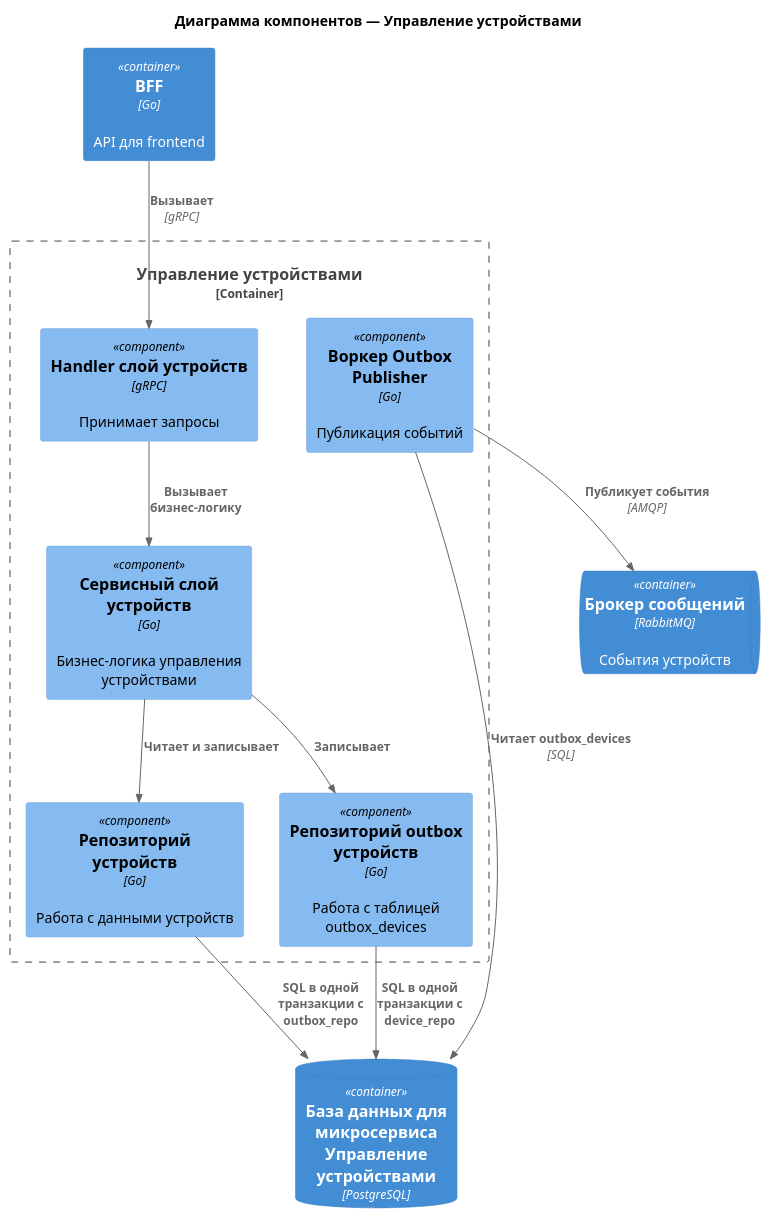
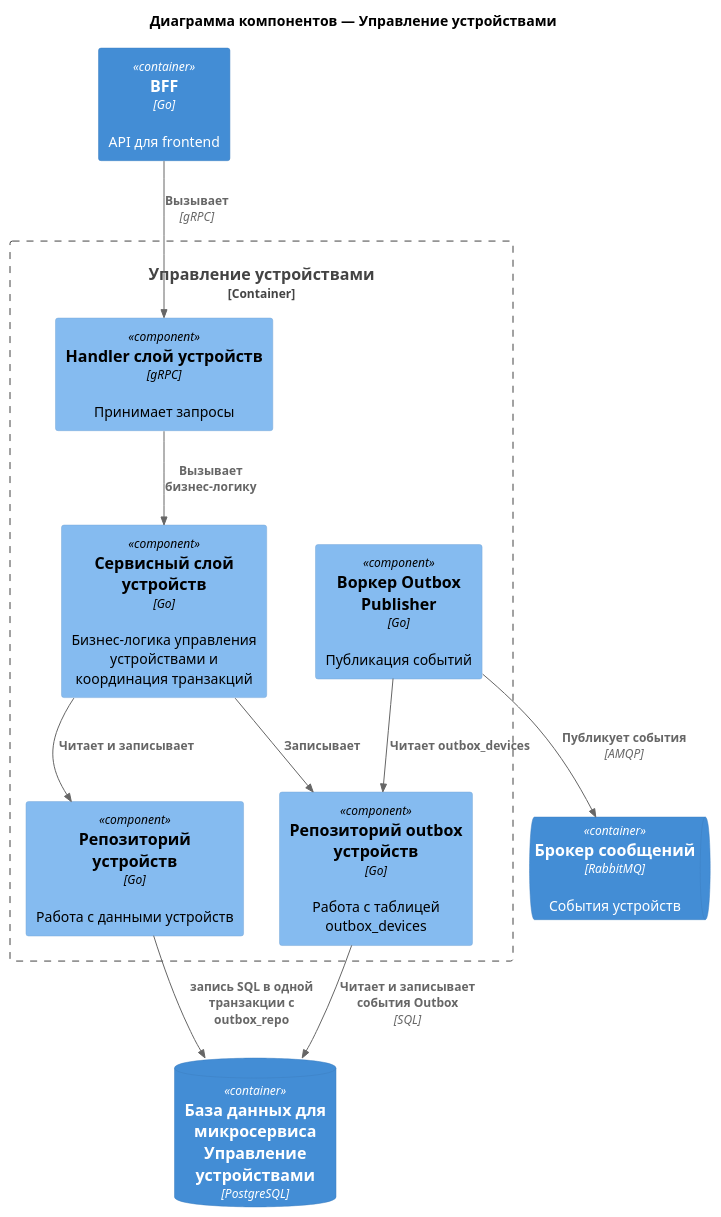
Before and after one commit to NikolosHGW/architecture-pro-warmhouse: the diagram in schemas/2/components-devices.puml, drawn with PlantUML. The commit also changed 1 other file, not shown here.

Commit message:
Задание 2: Диаграмма компонентов - Мониторинг устройств update

```diff
--- a/schemas/2/components-devices.puml
+++ b/schemas/2/components-devices.puml
@@ -1,32 +1,32 @@
 @startuml
 !include <C4/C4_Component>
 
 title Диаграмма компонентов — Управление устройствами
 
 Container(bff, "BFF", "Go", "API для frontend")
 ContainerDb(db, "База данных для микросервиса Управление устройствами", "PostgreSQL")
 ContainerQueue(rabbit, "Брокер сообщений", "RabbitMQ", "События устройств")
 
 Container_Boundary(devices, "Управление устройствами") {
 
-    Component(device_hadler, "Handler слой устройств", "gRPC", "Принимает запросы")
+    Component(device_handler, "Handler слой устройств", "gRPC", "Принимает запросы")
 
-    Component(device_service, "Сервисный слой устройств", "Go", "Бизнес-логика управления устройствами")
+    Component(device_service, "Сервисный слой устройств", "Go", "Бизнес-логика управления устройствами и координация транзакций")
 
     Component(device_repo, "Репозиторий устройств", "Go", "Работа с данными устройств")
 
     Component(outbox_repo, "Репозиторий outbox устройств", "Go", "Работа с таблицей outbox_devices")
 
     Component(publisher, "Воркер Outbox Publisher", "Go", "Публикация событий")
 }
 
-Rel(bff, device_hadler, "Вызывает", "gRPC")
-Rel(device_hadler, device_service, "Вызывает бизнес-логику")
+Rel(bff, device_handler, "Вызывает", "gRPC")
+Rel(device_handler, device_service, "Вызывает бизнес-логику")
 Rel(device_service, device_repo, "Читает и записывает")
 Rel(device_service, outbox_repo, "Записывает")
-Rel(device_repo, db, "SQL в одной транзакции с outbox_repo")
-Rel(outbox_repo, db, "SQL в одной транзакции с device_repo")
-Rel(publisher, db, "Читает outbox_devices", "SQL")
+Rel(device_repo, db, "запись SQL в одной транзакции с outbox_repo")
+Rel(outbox_repo, db, "Читает и записывает события Outbox", "SQL")
+Rel(publisher, outbox_repo, "Читает outbox_devices")
 Rel(publisher, rabbit, "Публикует события", "AMQP")
 
 @enduml
```
